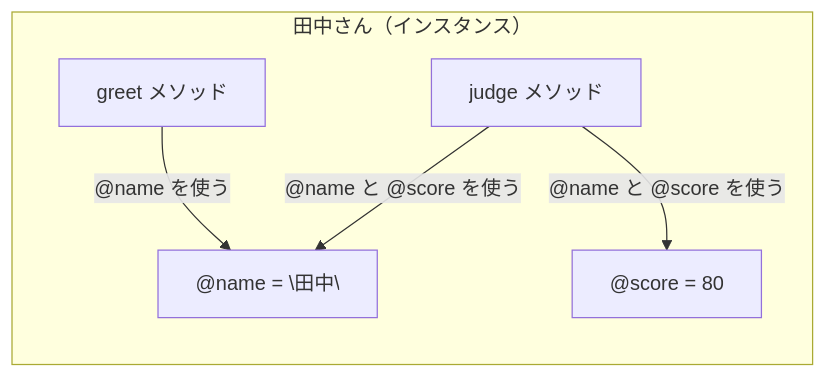
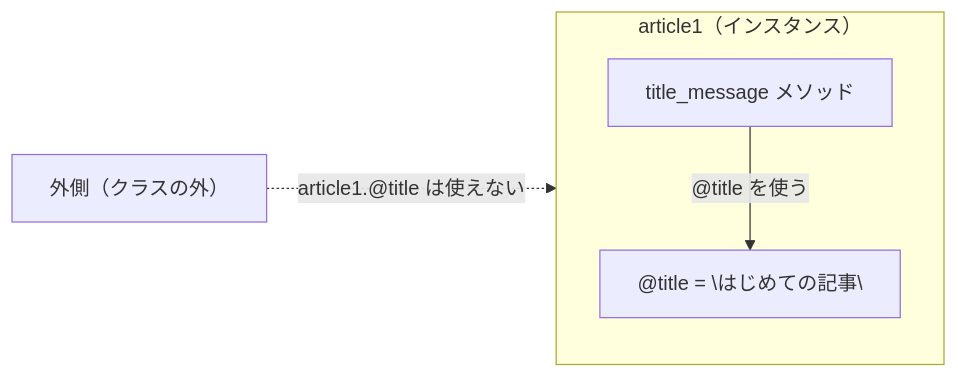
Before and after one commit to TORIFUKUKaiou/rails-dojo-year1-content: the second of 2 diagrams in 08/orientation.md, drawn with Mermaid. The commit also changed other lines of this file, not shown here.

Commit message:
Revise week 08 orientation: step-by-step class intro with Article theme

````diff
--- a/08/orientation.md
+++ b/08/orientation.md
@@ -179,11 +181,9 @@
 ```mermaid
 flowchart LR
-  subgraph tanaka ["田中さん（インスタンス）"]
+  subgraph article1 ["article1（インスタンス）"]
     direction TB
-    A["@name = \"田中\""]
-    B["@score = 80"]
-    C["greet メソッド"] -- "@name を使う" --> A
-    D["judge メソッド"] -- "@name と @score を使う" --> A
-    D -- "@name と @score を使う" --> B
+    V["@title = \"はじめての記事\""]
+    M["title_message メソッド"] -- "@title を使う" --> V
   end
+  OUT["外側（クラスの外）"] -. "article1.@title は使えない" .-> V
 ```
````
